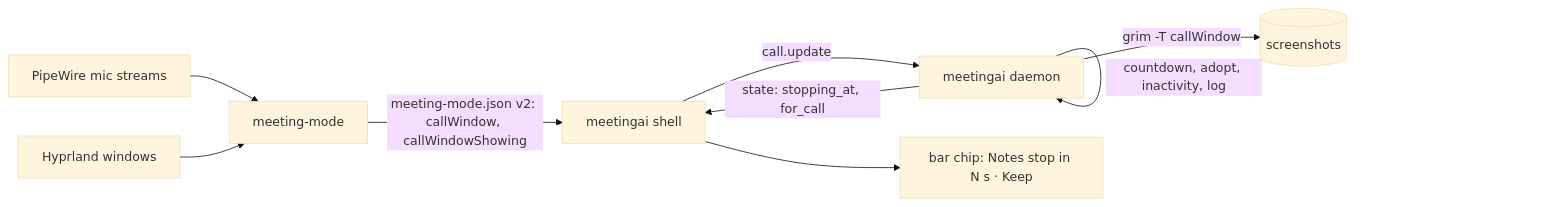
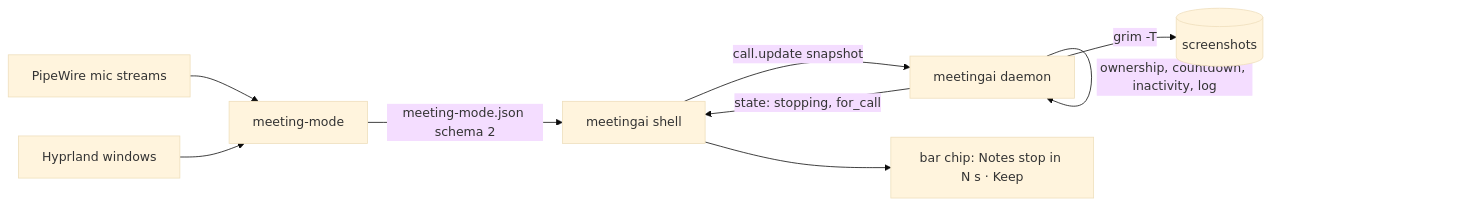
The diagram in spec/2026-11-16-101-meeting-end-and-window-shots.md (olafkfreund/nixarchy-meetingai), drawn with Mermaid (base theme) before and after one commit. The commit also changed other lines of this file, not shown here.

````diff
--- a/spec/2026-11-16-101-meeting-end-and-window-shots.md
+++ b/spec/2026-11-16-101-meeting-end-and-window-shots.md
@@ -54,11 +49,11 @@
 ```mermaid
 flowchart LR
   PW[PipeWire mic streams] --> MM[meeting-mode]
   HY[Hyprland windows] --> MM
-  MM -- meeting-mode.json v2: callWindow, callWindowShowing --> SH[meetingai shell]
-  SH -- call.update --> D[meetingai daemon]
-  D -- countdown, adopt, inactivity, log --> D
-  D -- grim -T callWindow --> SS[(screenshots)]
-  D -- state: stopping_at, for_call --> SH
+  MM -- meeting-mode.json schema 2 --> SH[meetingai shell]
+  SH -- call.update snapshot --> D[meetingai daemon]
+  D -- ownership, countdown, inactivity, log --> D
+  D -- grim -T --> SS[(screenshots)]
+  D -- state: stopping, for_call --> SH
   SH --> BAR[bar chip: Notes stop in N s · Keep]
 ```
````
